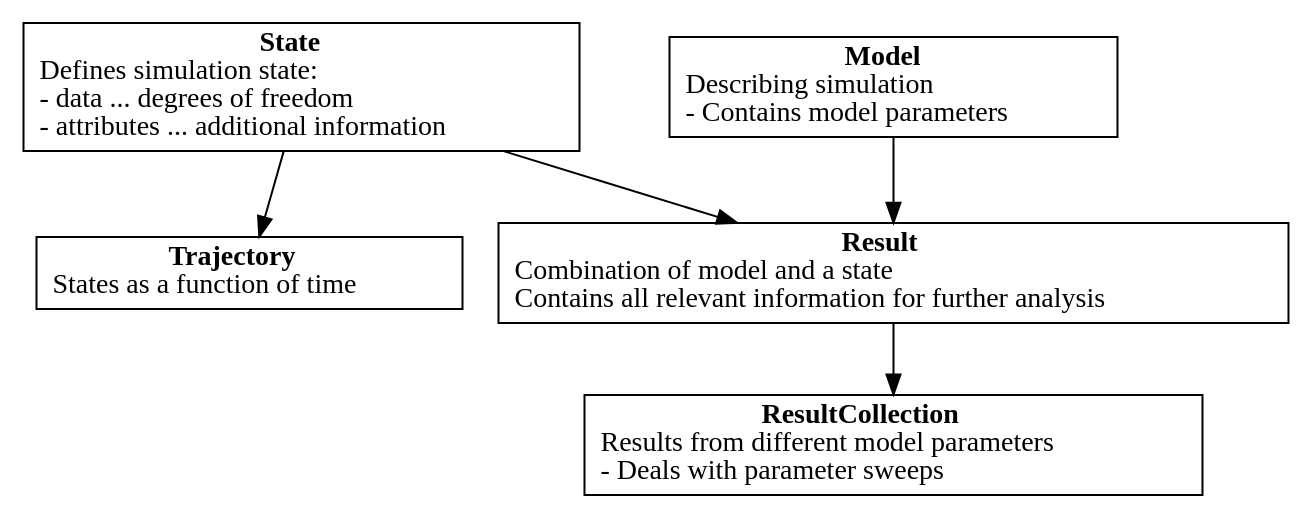
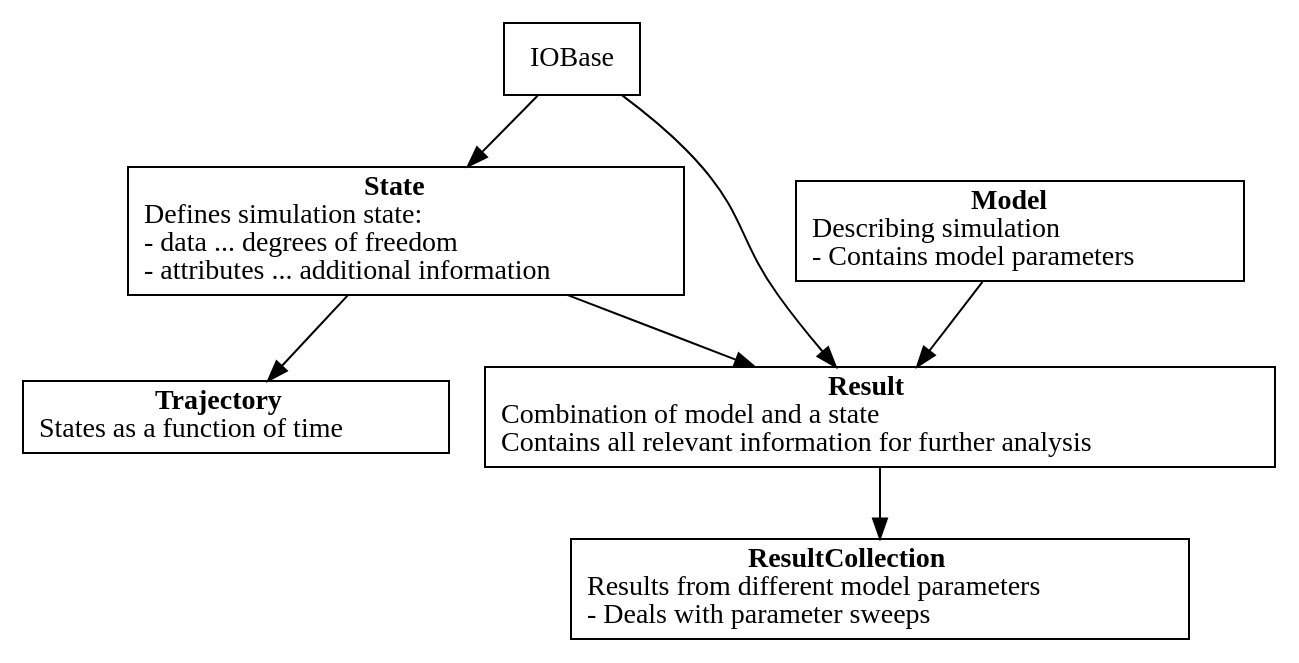
The diagram in docs/source/structure.rst (zwicker-group/py-modelrunner), drawn with Graphviz before and after one commit. The commit also changed 13 other files, not shown here.

```diff
--- a/docs/source/structure.rst
+++ b/docs/source/structure.rst
@@ -7,16 +7,17 @@
 .. graphviz::
 
    digraph Structure {
       node [shape=box]  /* default attributes */
 
+      IOBase [label="IOBase", href="../packages/modelrunner.html#modelrunner._io.IOBase", target="_top"];
       State [label=<<b>State</b><br/>Defines simulation state:<br align="left"/>- data ... degrees of freedom<br align="left"/>- attributes ... additional information>, href="../packages/modelrunner.html#modelrunner.state.StateBase", target="_top"];
       Trajectory [label=<<b>Trajectory</b><br/>States as a function of time>, href="../packages/modelrunner.html#modelrunner.state.Trajectory", target="_top"];
       Model [label=<<b>Model</b><br/>Describing simulation<br align="left"/>- Contains model parameters>, href="../packages/modelrunner.html#module-modelrunner.model", target="_top"];
       Result [label=<<b>Result</b><br/>Combination of model and a state<br align="left"/>Contains all relevant information for further analysis>, href="../packages/modelrunner.html#modelrunner.results.Result", target="_top"];
       ResultCollection [label=<<b>ResultCollection</b><br/>Results from different model parameters<br align="left"/>- Deals with parameter sweeps<br align="left"/>>, href="../packages/modelrunner.html#modelrunner.results.ResultCollection", target="_top"];
 
-      State -> Result;
+      IOBase -> State -> Result;
       State -> Trajectory;
       Model -> Result;
-      Result -> ResultCollection;
+      IOBase -> Result -> ResultCollection;
    }
```
